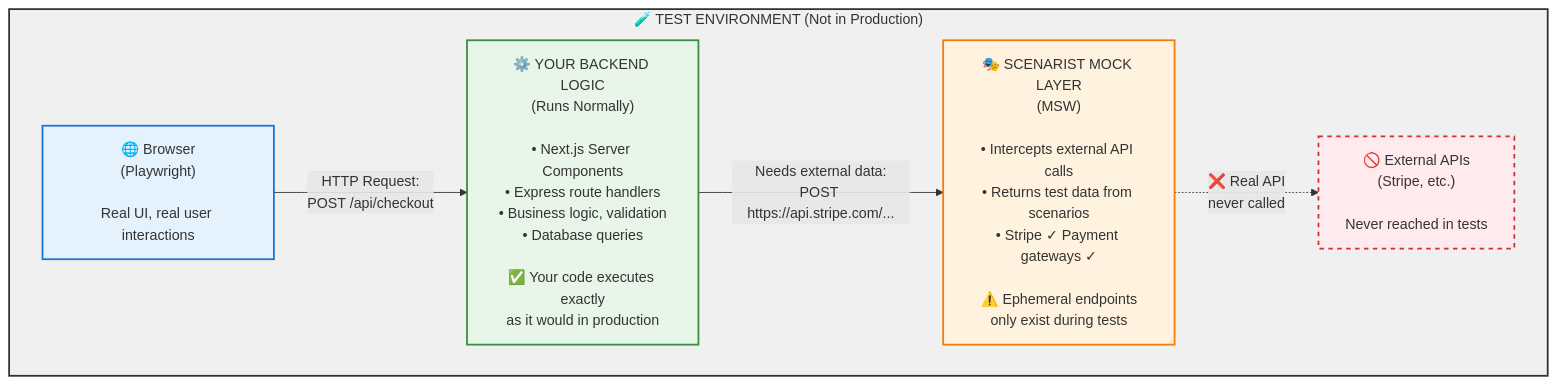
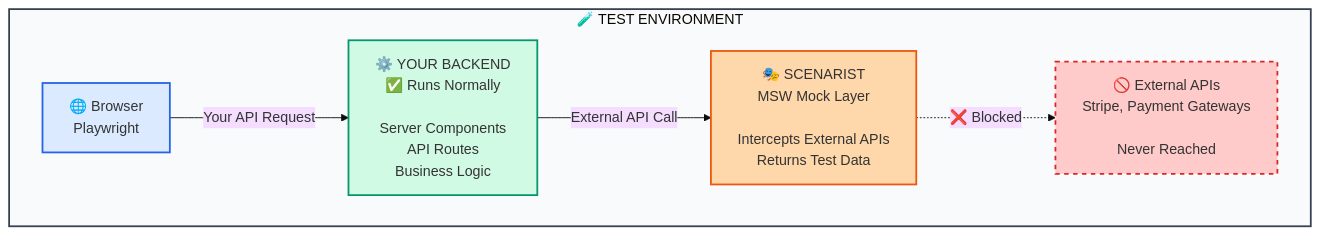
One commit to citypaul/scenarist changed the diagram in apps/docs/src/content/docs/index.mdx. Above: the diagram before and after it, drawn with Mermaid. The commit also changed 2 other files, not shown here.

Commit message:
docs: improve Mermaid diagram for mobile responsiveness
- Simplified node text (removed excessive bullet points)
- Shortened arrow labels for better mobile display
- Added Mermaid theme config with larger font size (16px)
- Cleaner subgraph title (removed 'Not in Production' text)
- More concise node descriptions while preserving key info
- Updated colors to more modern palette (Tailwind-inspired)

Improves readability on mobile devices and small screens.

````diff
--- a/apps/docs/src/content/docs/index.mdx
+++ b/apps/docs/src/content/docs/index.mdx
@@ -107,19 +107,20 @@
 ```mermaid
+%%{init: {'theme':'base', 'themeVariables': { 'fontSize':'16px'}}}%%
 graph TB
-    subgraph test["🧪 TEST ENVIRONMENT (Not in Production)"]
-        browser["🌐 Browser<br/>(Playwright)<br/><br/>Real UI, real user interactions"]
-        backend["⚙️ YOUR BACKEND LOGIC<br/>(Runs Normally)<br/><br/>• Next.js Server Components<br/>• Express route handlers<br/>• Business logic, validation<br/>• Database queries<br/><br/>✅ Your code executes exactly<br/>as it would in production"]
-        mock["🎭 SCENARIST MOCK LAYER<br/>(MSW)<br/><br/>• Intercepts external API calls<br/>• Returns test data from scenarios<br/>• Stripe ✓ Payment gateways ✓<br/><br/>⚠️ Ephemeral endpoints<br/>only exist during tests"]
-        external["🚫 External APIs<br/>(Stripe, etc.)<br/><br/>Never reached in tests"]
+    subgraph test["🧪 TEST ENVIRONMENT"]
+        browser["🌐 Browser<br/>Playwright"]
+        backend["⚙️ YOUR BACKEND<br/>✅ Runs Normally<br/><br/>Server Components<br/>API Routes<br/>Business Logic"]
+        mock["🎭 SCENARIST<br/>MSW Mock Layer<br/><br/>Intercepts External APIs<br/>Returns Test Data"]
+        external["🚫 External APIs<br/>Stripe, Payment Gateways<br/><br/>Never Reached"]
 
-        browser -->|"HTTP Request:<br/>POST /api/checkout"| backend
-        backend -->|"Needs external data:<br/>POST https://api.stripe.com/..."| mock
-        mock -.->|"❌ Real API<br/>never called"| external
+        browser -->|"Your API Request"| backend
+        backend -->|"External API Call"| mock
+        mock -.->|"❌ Blocked"| external
     end
 
-    style test fill:#f0f0f0,stroke:#333,stroke-width:2px
-    style browser fill:#e3f2fd,stroke:#1976d2,stroke-width:2px
-    style backend fill:#e8f5e9,stroke:#388e3c,stroke-width:2px
-    style mock fill:#fff3e0,stroke:#f57c00,stroke-width:2px
-    style external fill:#ffebee,stroke:#d32f2f,stroke-width:2px,stroke-dasharray: 5 5
+    style test fill:#f9fafb,stroke:#374151,stroke-width:2px
+    style browser fill:#dbeafe,stroke:#2563eb,stroke-width:2px
+    style backend fill:#d1fae5,stroke:#059669,stroke-width:2px
+    style mock fill:#fed7aa,stroke:#ea580c,stroke-width:2px
+    style external fill:#fecaca,stroke:#dc2626,stroke-width:2px,stroke-dasharray: 5 5
 ```
````
